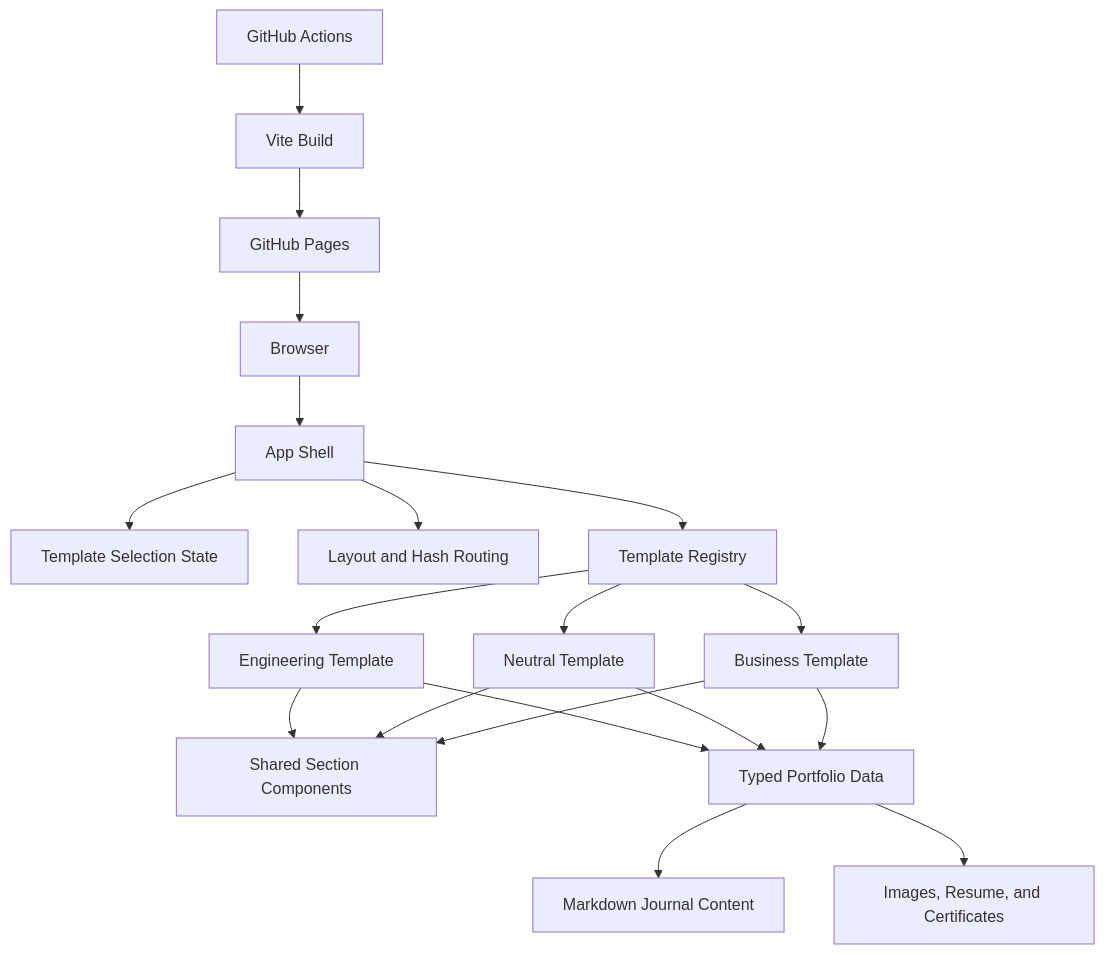
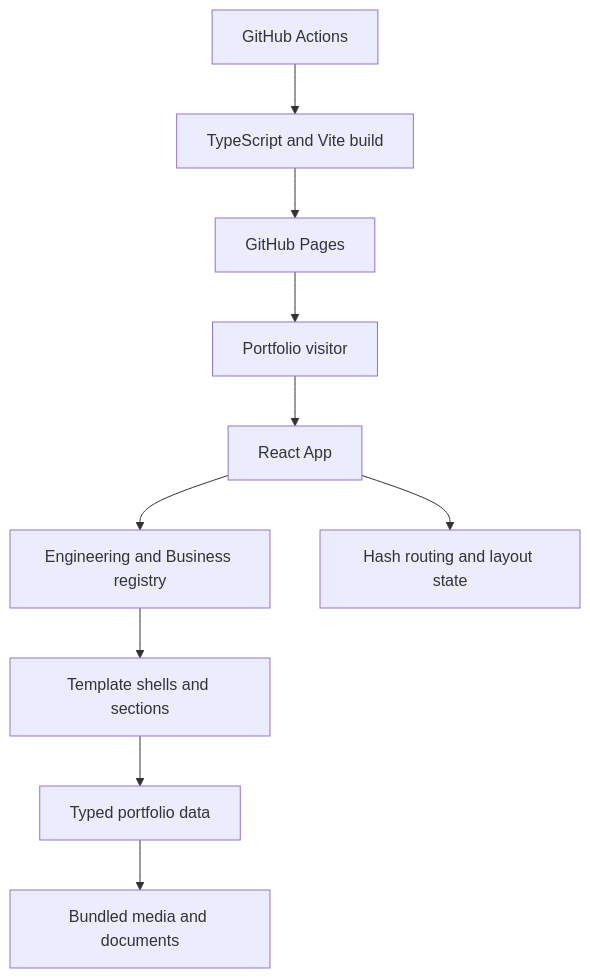
The first of 2 diagrams in aidlc-docs/inception/reverse-engineering/architecture.md (TranNguyenVu-code/nguyenvu.github.io), drawn with Mermaid before and after one commit. The commit also changed other lines of this file and 150 other files, not shown here.

````diff
--- a/aidlc-docs/inception/reverse-engineering/architecture.md
+++ b/aidlc-docs/inception/reverse-engineering/architecture.md
@@ -9,37 +9,12 @@
 ```mermaid
 flowchart TD
-    Browser["Browser"]
-    App["App Shell"]
-    Selection["Template Selection State"]
-    Layout["Layout and Hash Routing"]
-    Registry["Template Registry"]
-    Engineering["Engineering Template"]
-    Neutral["Neutral Template"]
-    Business["Business Template"]
-    Shared["Shared Section Components"]
-    Data["Typed Portfolio Data"]
-    Journal["Markdown Journal Content"]
-    Assets["Images, Resume, and Certificates"]
-    Build["Vite Build"]
-    Actions["GitHub Actions"]
-    Pages["GitHub Pages"]
-
-    Browser --> App
-    App --> Selection
-    App --> Layout
-    App --> Registry
-    Registry --> Engineering
-    Registry --> Neutral
-    Registry --> Business
-    Engineering --> Shared
-    Neutral --> Shared
-    Business --> Shared
-    Engineering --> Data
-    Neutral --> Data
-    Business --> Data
-    Data --> Journal
-    Data --> Assets
-    Actions --> Build
-    Build --> Pages
-    Pages --> Browser
+    Visitor["Portfolio visitor"] --> App["React App"]
+    App --> Registry["Engineering and Business registry"]
+    App --> Layout["Hash routing and layout state"]
+    Registry --> Sections["Template shells and sections"]
+    Sections --> Data["Typed portfolio data"]
+    Data --> Assets["Bundled media and documents"]
+    Actions["GitHub Actions"] --> Build["TypeScript and Vite build"]
+    Build --> Pages["GitHub Pages"]
+    Pages --> Visitor
 ```
````
